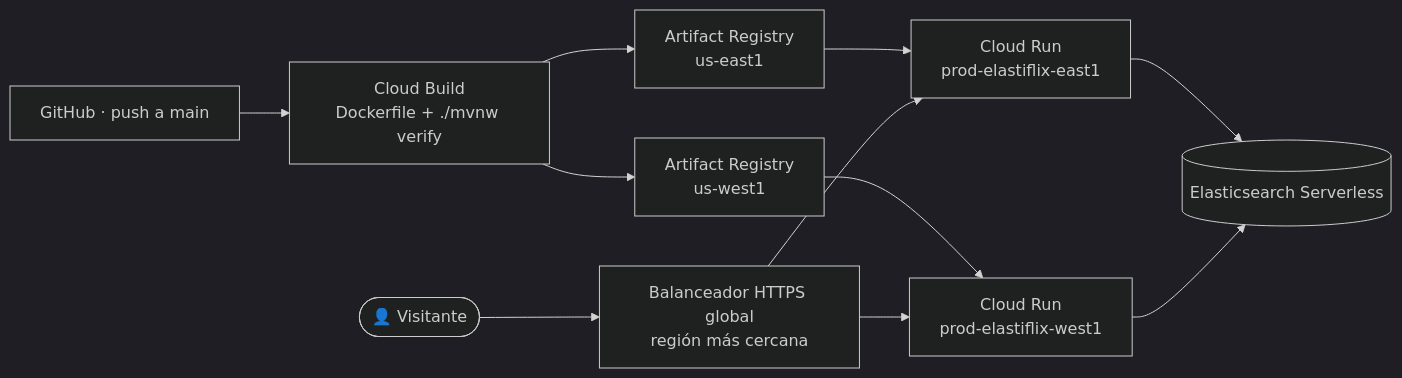
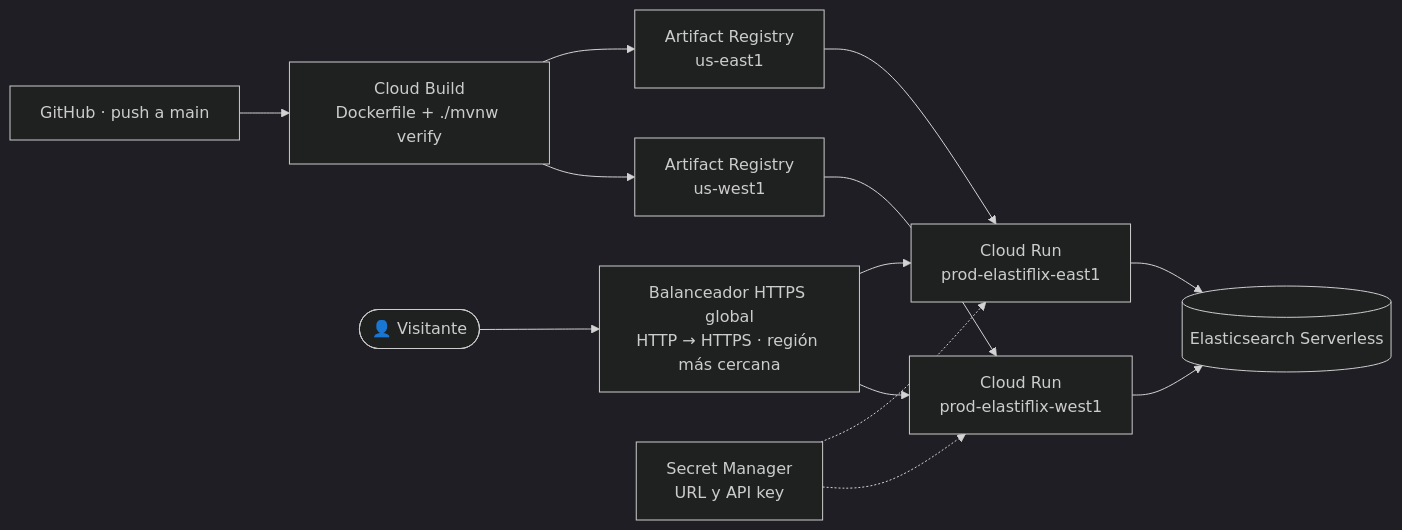
The second of 3 diagrams in README.md (bigfito/elastiflix-reloaded), drawn with Mermaid (dark theme) before and after one commit. The commit also changed other lines of this file and 3 other files, not shown here.

````diff
--- a/README.md
+++ b/README.md
@@ -411,13 +411,15 @@
 ```mermaid
 flowchart LR
   gh["GitHub · push a main"] --> cb["Cloud Build<br/>Dockerfile + ./mvnw verify"]
   cb --> are["Artifact Registry<br/>us-east1"]
   cb --> arw["Artifact Registry<br/>us-west1"]
   are --> cre["Cloud Run<br/>prod-elastiflix-east1"]
   arw --> crw["Cloud Run<br/>prod-elastiflix-west1"]
-  user(["👤 Visitante"]) --> lb["Balanceador HTTPS global<br/>región más cercana"]
+  user(["👤 Visitante"]) --> lb["Balanceador HTTPS global<br/>HTTP → HTTPS · región más cercana"]
   lb --> cre
   lb --> crw
+  sm["Secret Manager<br/>URL y API key"] -.-> cre
+  sm -.-> crw
   cre --> es[("Elasticsearch Serverless")]
   crw --> es
 ```
````
